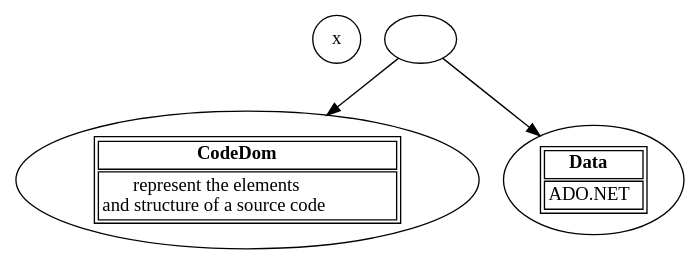
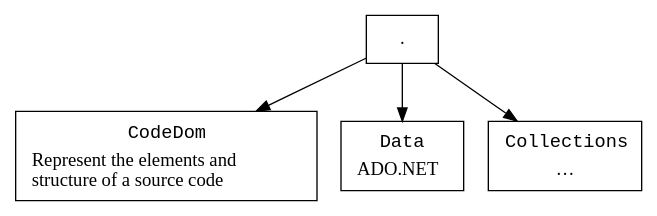
One commit to ReneNyffenegger/temp-dotNet changed the diagram in namespaces/namespace-hierarchy.dot. Above: the diagram before and after it, drawn with Graphviz.

```diff
--- a/namespaces/namespace-hierarchy.dot
+++ b/namespaces/namespace-hierarchy.dot
@@ -1,12 +1,14 @@
 digraph hierarchy {
 
-   x [ shape=circle ]
+   node [ shape=box ]
 
-   System [ label = "" ];
-   CodeDom [ label=< <table><tr><td><b>CodeDom</b></td></tr><tr><td> represent the elements<br/>and structure of a source code</td></tr></table> > ];
-   Data [ label=< <table><tr><td><b>Data</b></td></tr><tr><td>ADO.NET</td></tr></table> > ];
+   System [ label = "." ];
+   CodeDom     [ label=< <table border="0"><tr><td align="text"><font face="Courier">CodeDom</font></td></tr><tr><td>Represent the elements and<br align="left"/>structure of a source code<br align="left"/></td></tr></table> > ];
+   Data        [ label=< <table border="0"><tr><td align="text"><font face="Courier">Data</font></td></tr><tr><td>ADO.NET</td></tr></table> > ];
+   Collections [ label=< <table border="0"><tr><td align="text"><font face="Courier">Collections</font></td></tr><tr><td>…</td></tr></table> > ];
 
    System -> CodeDom;
    System -> Data;
+   System -> Collections;
 
 }
```
